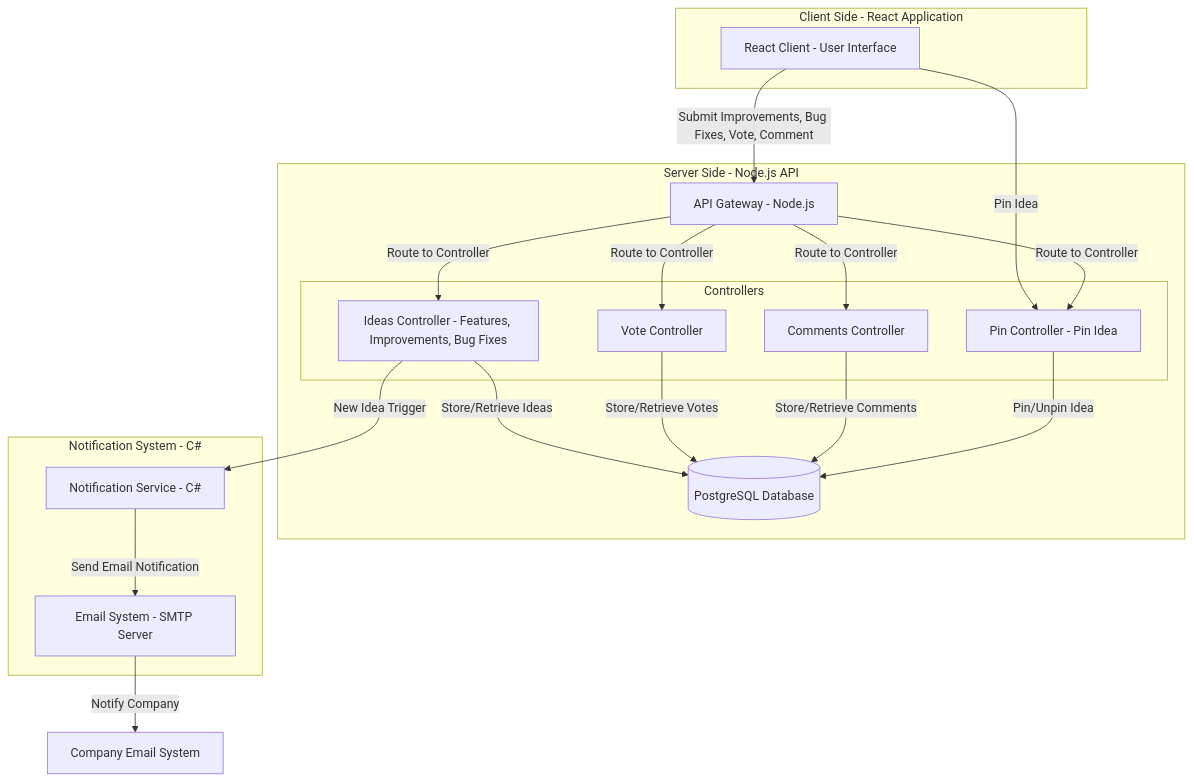
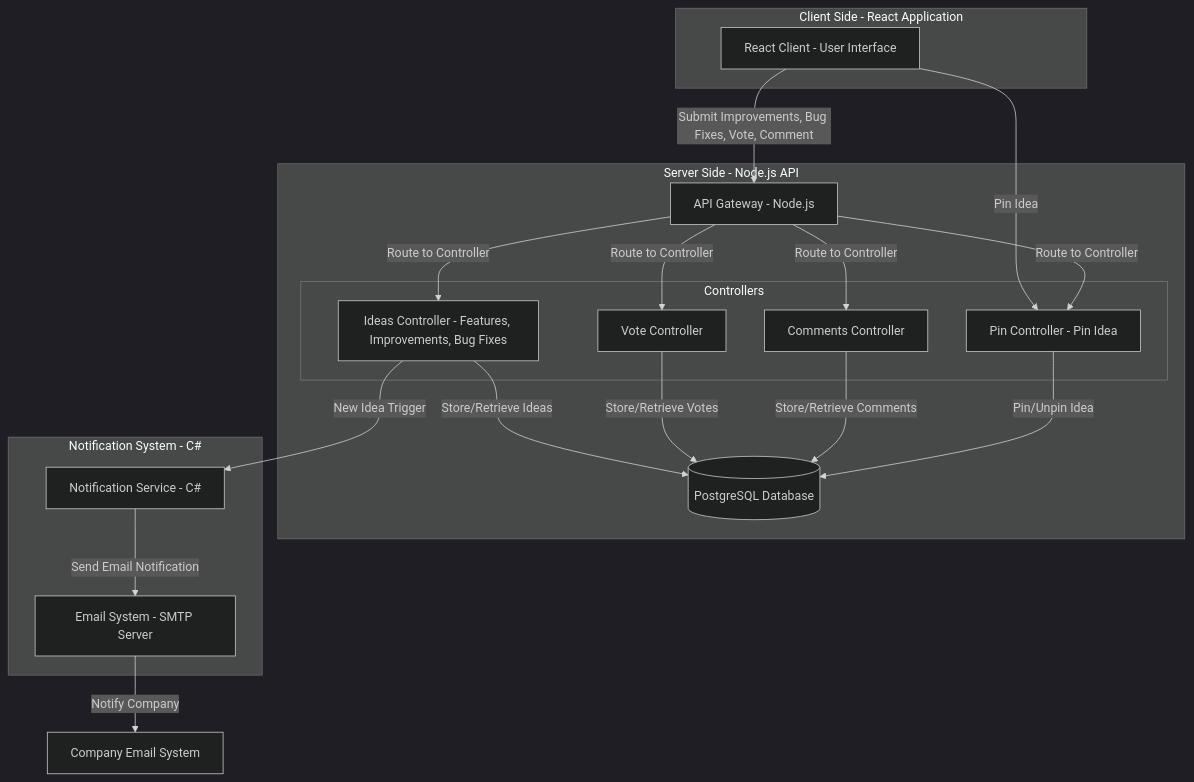
One commit to SpotifaiI/epicfy-concept changed the first of 2 diagrams in README.md. Above: the diagram before and after it, drawn with Mermaid. The commit also changed other lines of this file, not shown here.

````diff
--- a/README.md
+++ b/README.md
@@ -21,41 +55,42 @@
 ``` mermaid
+%%{init: {'theme': 'dark'}}%%
 flowchart TD
     subgraph ClientSide [Client Side - React Application]
         FE[React Client - User Interface]
     end
 
     subgraph ServerSide [Server Side - Node.js API]
         API[API Gateway - Node.js] 
         subgraph Controllers [Controllers]
             IdeasCtrl[Ideas Controller - Features, Improvements, Bug Fixes] 
             VotesCtrl[Vote Controller] 
             CommentsCtrl[Comments Controller]
             PinCtrl[Pin Controller - Pin Idea]
         end
         DB[(PostgreSQL Database)]
     end
 
     subgraph NotificationSystem [Notification System - C#]
         NotifyService[Notification Service - C#]
         Email[Email System - SMTP Server]
     end
 
     %% Connections
     FE -->|Submit Improvements, Bug Fixes, Vote, Comment| API
     FE -->|Pin Idea| PinCtrl
     API -->|Route to Controller| IdeasCtrl
     API -->|Route to Controller| VotesCtrl
     API -->|Route to Controller| CommentsCtrl
     API -->|Route to Controller| PinCtrl
 
     %% Database interactions
     IdeasCtrl -->|Store/Retrieve Ideas| DB
     VotesCtrl -->|Store/Retrieve Votes| DB
     CommentsCtrl -->|Store/Retrieve Comments| DB
     PinCtrl -->|Pin/Unpin Idea| DB
 
     %% Notification flow
     IdeasCtrl -->|New Idea Trigger| NotifyService
     NotifyService -->|Send Email Notification| Email
     Email -->|Notify Company| CompanyEmail[Company Email System]
 ```
````
